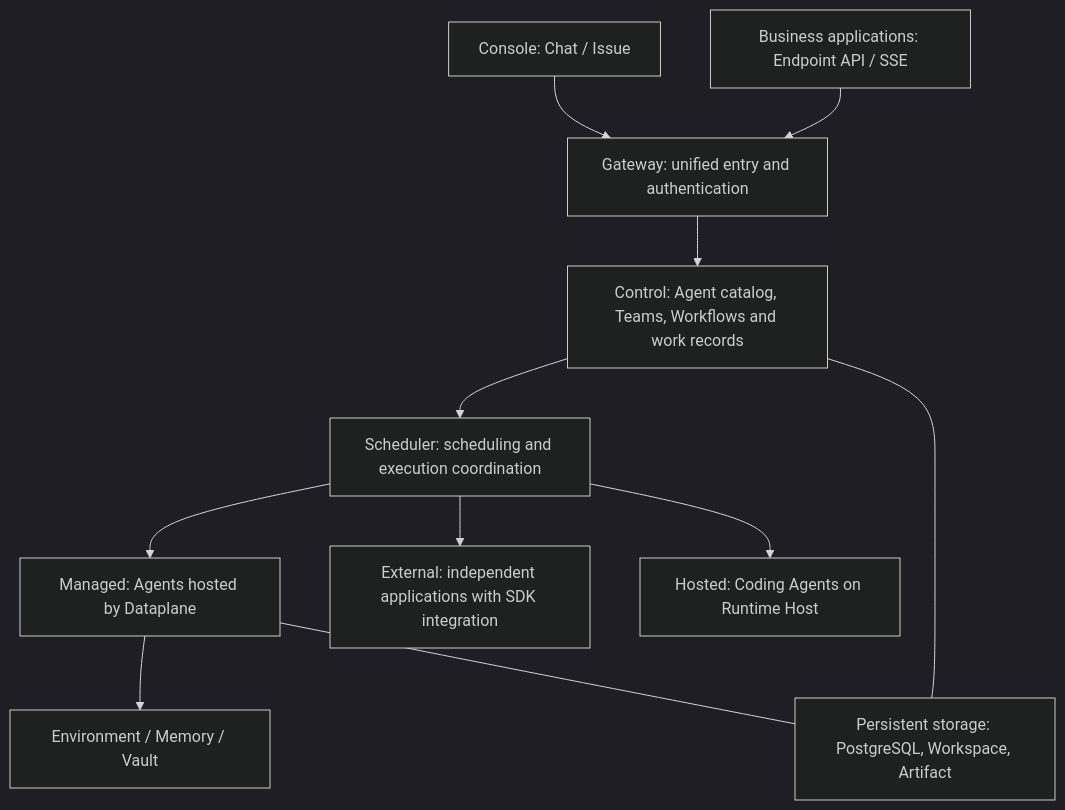
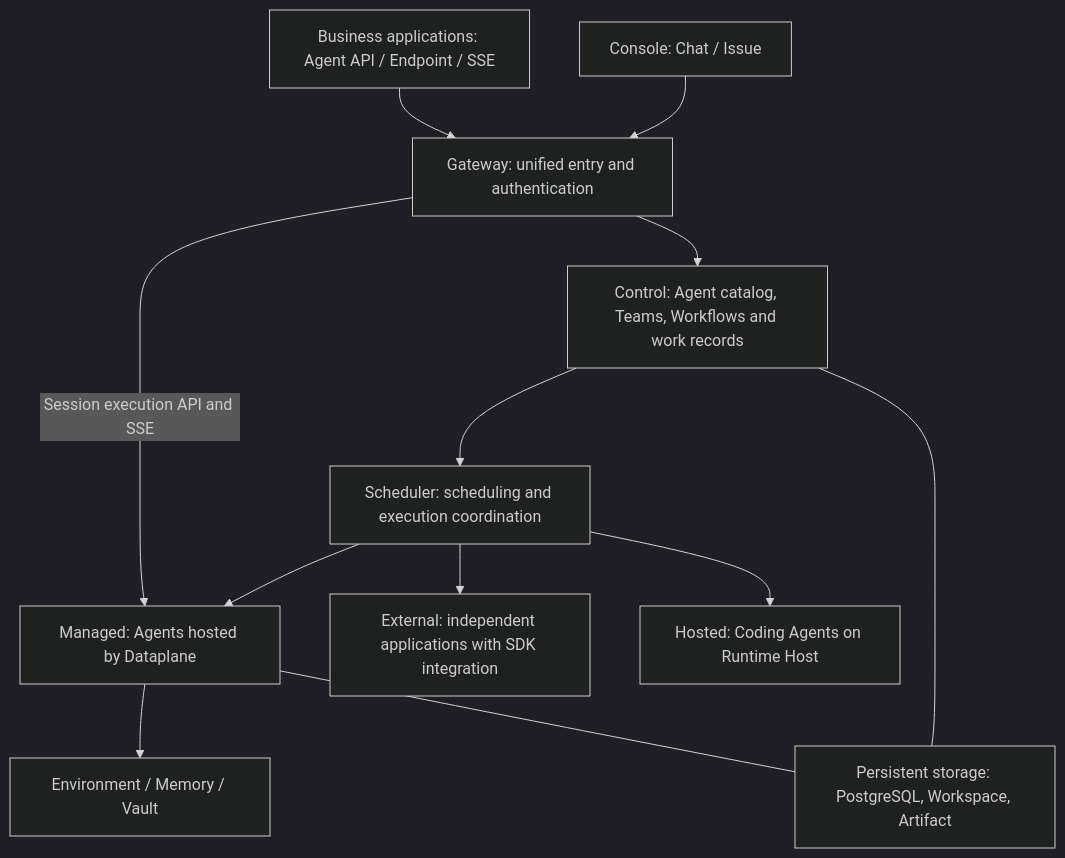
One commit to agentscope-ai/agentscope-java changed the diagram in docs/v2/en/service/index.md. Above: the diagram before and after it, drawn with Mermaid (dark theme). The commit also changed other lines of this file and 1075 other files, not shown here.

````diff
--- a/docs/v2/en/service/index.md
+++ b/docs/v2/en/service/index.md
@@ -14,13 +14,14 @@
 ```mermaid
 flowchart TB
   U["Console: Chat / Issue"] --> G["Gateway: unified entry and authentication"]
-  A["Business applications: Endpoint API / SSE"] --> G
+  A["Business applications: Agent API / Endpoint / SSE"] --> G
   G --> C["Control: Agent catalog, Teams, Workflows and work records"]
   C --> S["Scheduler: scheduling and execution coordination"]
   S --> M["Managed: Agents hosted by Dataplane"]
   S --> E["External: independent applications with SDK integration"]
   S --> H["Hosted: Coding Agents on Runtime Host"]
+  G -->|Session execution API and SSE| M
   M --> R["Environment / Memory / Vault"]
   C --- P["Persistent storage: PostgreSQL, Workspace, Artifact"]
   M --- P
 ```
````
